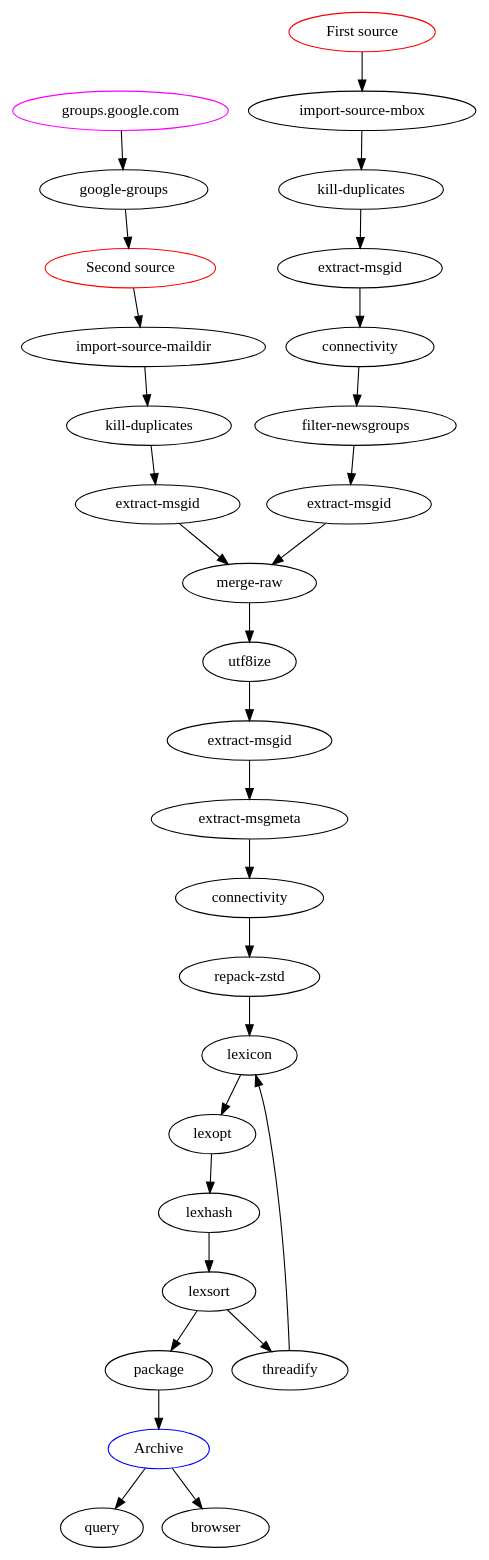
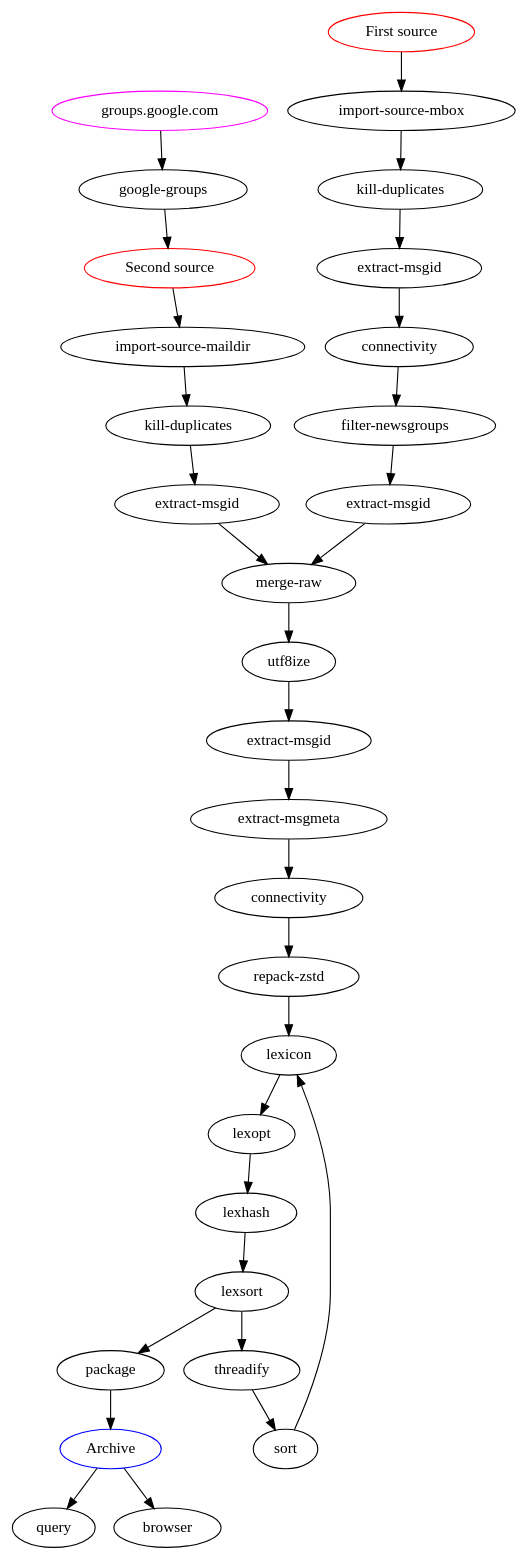
Before and after one commit to wolfpld/usenetarchive: the diagram in doc/pipeline.dot, drawn with Graphviz. The commit also changed 15 other files, not shown here.

```diff
--- a/doc/pipeline.dot
+++ b/doc/pipeline.dot
@@ -1,55 +1,56 @@
 digraph
 {
     ggsrc[label="groups.google.com", color=magenta];
     gg[label="google-groups"];
 
     src1[label="First source", color=red];
     src2[label="Second source", color=red];
     dst1[label="Archive", color=blue];
 
     mbox[label="import-source-mbox"];
     maildir[label="import-source-maildir"];
 
     kill1[label="kill-duplicates"];
     kill2[label="kill-duplicates"];
 
     msgid1[label="extract-msgid"];
     msgid2[label="extract-msgid"];
     msgid3[label="extract-msgid"];
     msgid4[label="extract-msgid"];
     conn2[label="connectivity"];
 
     filter[label="filter-newsgroups"];
     merge[label="merge-raw"];
     msgmeta[label="extract-msgmeta"];
     repack[label="repack-zstd"];
 
     ggsrc -> gg;
     gg -> src2;
     src1 -> mbox;
     src2 -> maildir;
     mbox -> kill1;
     maildir -> kill2;
     kill1 -> msgid4;
     msgid4 -> conn2;
     conn2 -> filter;
     filter -> msgid1;
     kill2 -> msgid2;
     msgid1 -> merge;
     msgid2 -> merge;
     merge -> utf8ize;
     utf8ize -> msgid3;
     msgid3 -> msgmeta;
     msgmeta -> connectivity;
     connectivity -> repack;
     repack -> lexicon;
     lexicon -> lexopt;
     lexopt -> lexhash;
     lexhash -> lexsort;
     lexsort -> package;
     package -> dst1;
     dst1 -> query;
     dst1 -> browser;
     lexsort -> threadify;
-    threadify -> lexicon;
+    threadify -> sort;
+    sort -> lexicon;
 }
```
